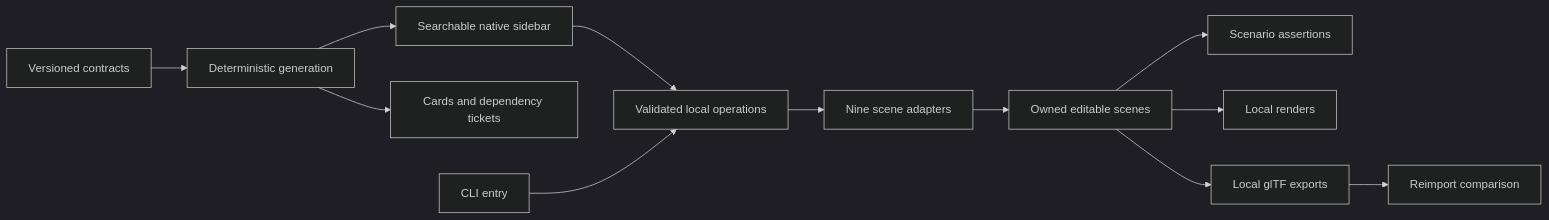
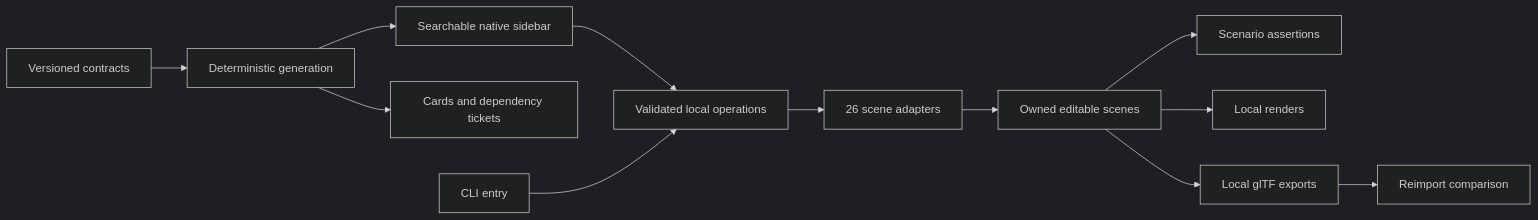
Before and after one commit to devin-thomas/blender-lab: the diagram in docs/ARCHITECTURE.md, drawn with Mermaid (dark theme). The commit also changed other lines of this file and 77 other files, not shown here.

````diff
--- a/docs/ARCHITECTURE.md
+++ b/docs/ARCHITECTURE.md
@@ -7,14 +7,14 @@
 ```mermaid
 flowchart LR
   Spec[Versioned contracts] --> Generate[Deterministic generation]
   Generate --> UI[Searchable native sidebar]
   Generate --> Docs[Cards and dependency tickets]
   UI --> Ops[Validated local operations]
   CLI[CLI entry] --> Ops
-  Ops --> Builders[Nine scene adapters]
+  Ops --> Builders[26 scene adapters]
   Builders --> Scenes[Owned editable scenes]
   Scenes --> Checks[Scenario assertions]
   Scenes --> Renders[Local renders]
   Scenes --> GLTF[Local glTF exports]
   GLTF --> Reimport[Reimport comparison]
 ```
````
